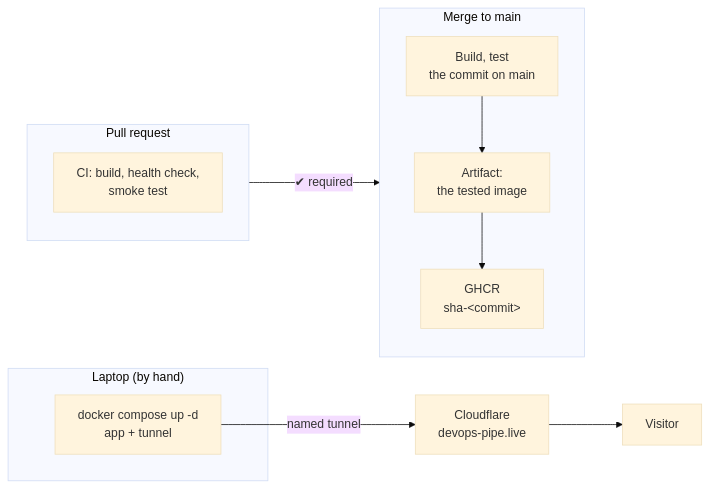
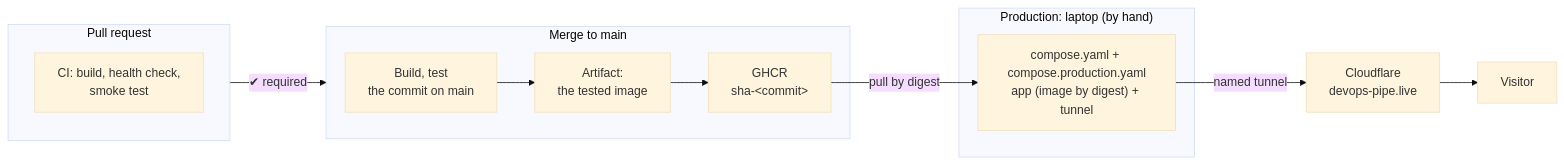
The third of 3 diagrams in docs/pipeline.md (Bende-KBB/devops-lab), drawn with Mermaid (base theme) before and after one commit. The commit also changed 6 other files, not shown here.

````diff
--- a/docs/pipeline.md
+++ b/docs/pipeline.md
@@ -34,15 +34,16 @@
 ```mermaid
 flowchart LR
     subgraph PR["Pull request"]
         CI["CI: build, health check,<br/>smoke test"]
     end
     subgraph MAIN["Merge to main"]
         T["Build, test<br/>the commit on main"] --> A["Artifact:<br/>the tested image"]
         A --> G["GHCR<br/>sha-&lt;commit&gt;"]
     end
     PR -->|"✔ required"| MAIN
-    subgraph LAPTOP["Laptop (by hand)"]
-        NET["docker compose up -d<br/>app + tunnel"]
+        subgraph LAPTOP["Production: laptop (by hand)"]
+        NET["compose.yaml + compose.production.yaml<br/>app (image by digest) + tunnel"]
     end
+    G -->|"pull by digest"| NET
     NET -->|"named tunnel"| EDGE["Cloudflare<br/>devops-pipe.live"] --> V["Visitor"]
 ```
````
